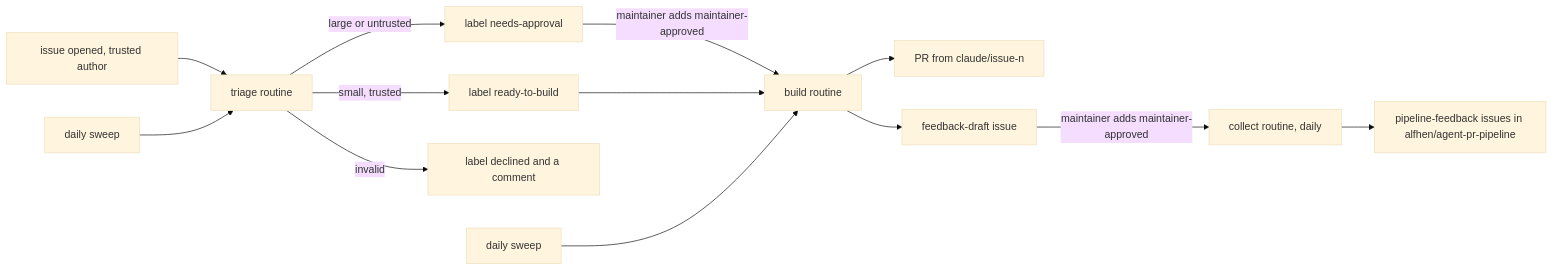
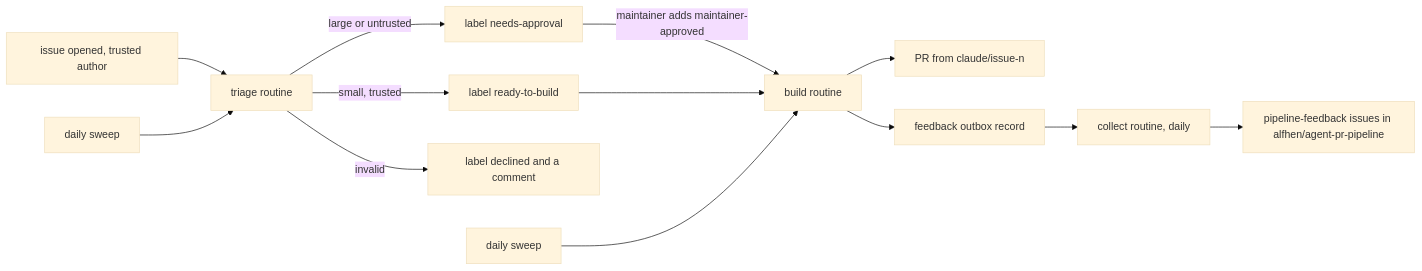
The first of 3 diagrams in docs/plan-0.8.0.md (alfhen/agent-pr-pipeline), drawn with Mermaid (base theme) before and after one commit. The commit also changed other lines of this file, not shown here.

Commit message:
Plan 0.8.0: record the maintainer's decisions (public repo, setup script install, auto-filed feedback)

````diff
--- a/docs/plan-0.8.0.md
+++ b/docs/plan-0.8.0.md
@@ -58,15 +60,15 @@
 ```mermaid
 flowchart LR
   O[issue opened, trusted author] --> T[triage routine]
   S1[daily sweep] --> T
   T -- small, trusted --> R[label ready-to-build]
   T -- large or untrusted --> NA[label needs-approval]
   T -- invalid --> D[label declined and a comment]
   NA -- maintainer adds maintainer-approved --> B[build routine]
   R --> B
   S2[daily sweep] --> B
   B --> P[PR from claude/issue-n]
-  B --> FD[feedback-draft issue]
-  FD -- maintainer adds maintainer-approved --> C[collect routine, daily]
+  B --> FO[feedback outbox record]
+  FO --> C[collect routine, daily]
   C --> F[pipeline-feedback issues in alfhen/agent-pr-pipeline]
 ```
````
